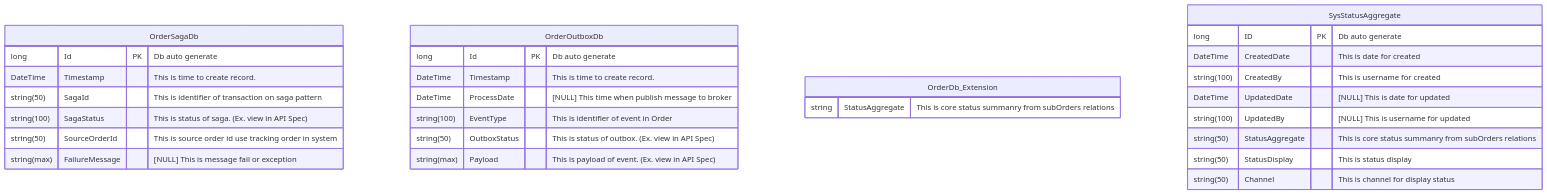
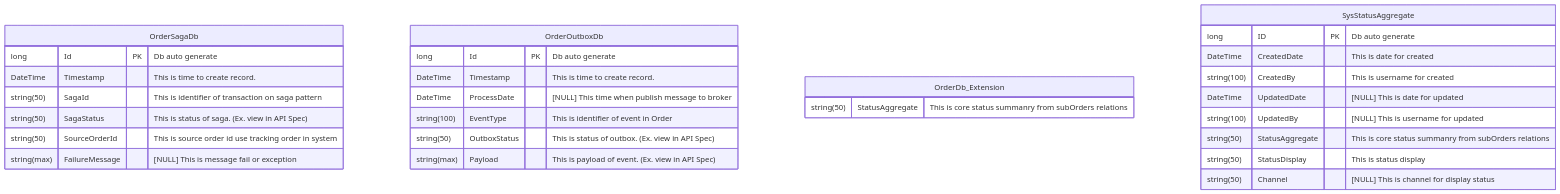
One commit to rosered11/org_document changed the diagram in SPC/Order/OrderStatus/ER-Diagram.md. Above: the diagram before and after it, drawn with Mermaid. The commit also changed 1 other file, not shown here.

````diff
--- a/SPC/Order/OrderStatus/ER-Diagram.md
+++ b/SPC/Order/OrderStatus/ER-Diagram.md
@@ -1,32 +1,32 @@
 ```mermaid
 erDiagram
     OrderSagaDb {
         long Id PK "Db auto generate"
         DateTime Timestamp "This is time to create record."
         string(50) SagaId "This is identifier of transaction on saga pattern"
-        string(100) SagaStatus "This is status of saga. (Ex. view in API Spec)"
+        string(50) SagaStatus "This is status of saga. (Ex. view in API Spec)"
         string(50) SourceOrderId "This is source order id use tracking order in system"
         string(max) FailureMessage "[NULL] This is message fail or exception"
     }
     OrderOutboxDb {
         long Id PK "Db auto generate"
         DateTime Timestamp "This is time to create record."
         DateTime ProcessDate "[NULL] This time when publish message to broker"
         string(100) EventType "This is identifier of event in Order"
         string(50) OutboxStatus "This is status of outbox. (Ex. view in API Spec)"
         string(max) Payload "This is payload of event. (Ex. view in API Spec)"
     }
     OrderDb_Extension {
-        string StatusAggregate "This is core status summanry from subOrders relations"
+        string(50) StatusAggregate "This is core status summanry from subOrders relations"
     }
     SysStatusAggregate {
         long ID PK "Db auto generate"
         DateTime CreatedDate "This is date for created"
         string(100) CreatedBy "This is username for created"
         DateTime UpdatedDate "[NULL] This is date for updated"
         string(100) UpdatedBy "[NULL] This is username for updated"
         string(50) StatusAggregate "This is core status summanry from subOrders relations"
         string(50) StatusDisplay "This is status display"
-        string(50) Channel "This is channel for display status"
+        string(50) Channel "[NULL] This is channel for display status"
     }
 ```
````
